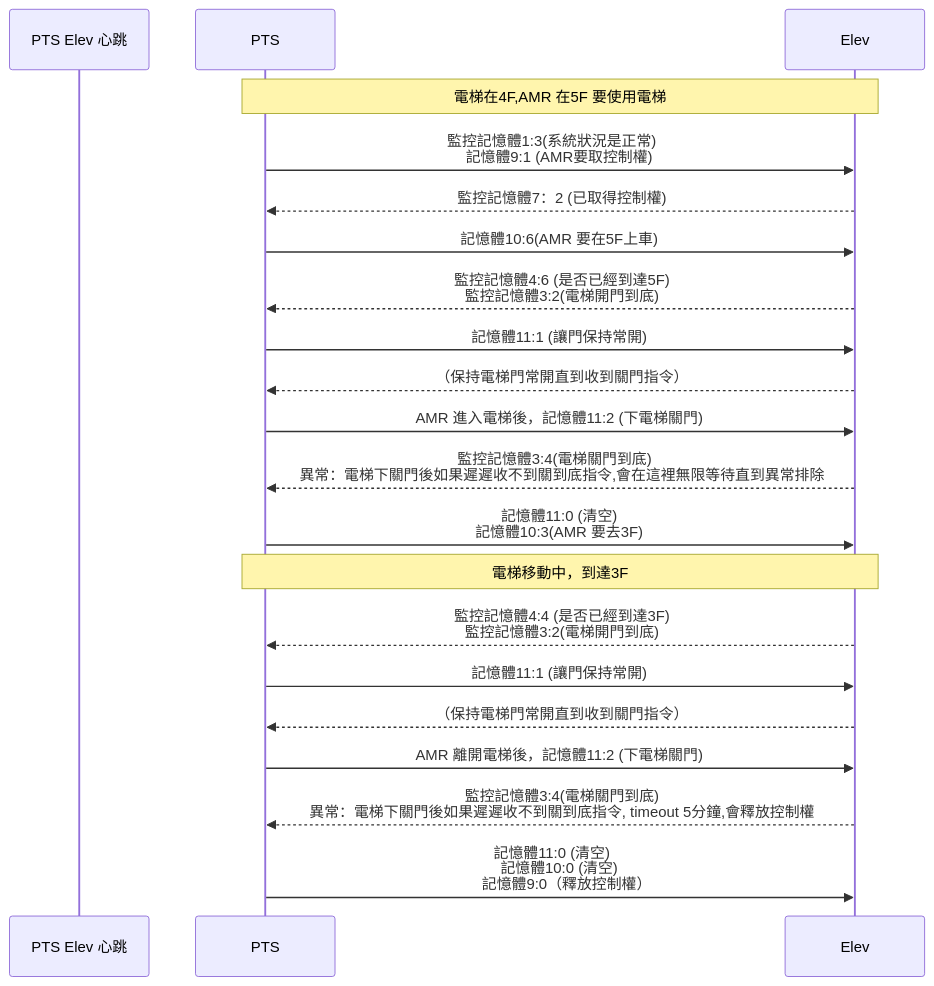
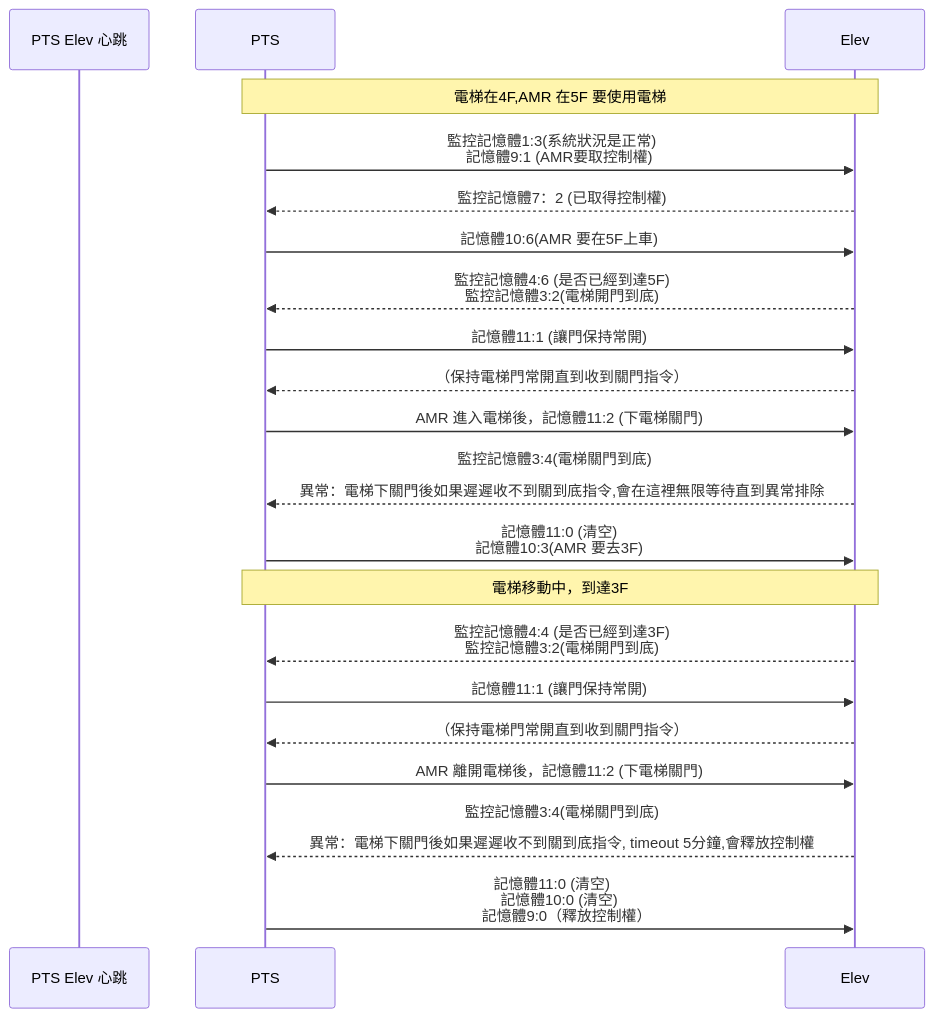
The second of 2 diagrams in README.md (athena-tircgo/amr-elev-Zhunan), drawn with Mermaid before and after one commit.

````diff
--- a/README.md
+++ b/README.md
@@ -23,26 +23,26 @@
 ```mermaid
 sequenceDiagram
 
     participant PTS Elev 心跳
     participant PTS
     participant Elev
 
  note over PTS,Elev: 電梯在4F,AMR 在5F 要使用電梯
         PTS->>Elev:監控記憶體1:3(系統狀況是正常)　<br>記憶體9:1 (AMR要取控制權)
         Elev-->>PTS:監控記憶體7：2 (已取得控制權)
         PTS->>Elev: 記憶體10:6(AMR 要在5F上車)
         Elev-->>PTS:監控記憶體4:6 (是否已經到達5F) <BR> 監控記憶體3:2(電梯開門到底)
         PTS->>Elev: 記憶體11:1 (讓門保持常開)
         Elev-->>PTS:（保持電梯門常開直到收到關門指令）　　
         PTS->>Elev: AMR 進入電梯後，記憶體11:2 (下電梯關門)
-        Elev-->>PTS: 監控記憶體3:4(電梯關門到底)　<br> 異常：電梯下關門後如果遲遲收不到關到底指令,會在這裡無限等待直到異常排除
+        Elev-->>PTS: 監控記憶體3:4(電梯關門到底)　<br><br>異常：電梯下關門後如果遲遲收不到關到底指令,會在這裡無限等待直到異常排除
         PTS->>Elev: 記憶體11:0 (清空) <br> 記憶體10:3(AMR 要去3F)
  note over PTS,Elev: 電梯移動中，到達3F
 　　　　　Elev-->>PTS: 監控記憶體4:4 (是否已經到達3F) <BR> 監控記憶體3:2(電梯開門到底)
         PTS->>Elev: 記憶體11:1 (讓門保持常開)
         Elev-->>PTS:（保持電梯門常開直到收到關門指令）　　　
         PTS->>Elev: AMR 離開電梯後，記憶體11:2 (下電梯關門)
-        Elev-->>PTS: 監控記憶體3:4(電梯關門到底) <br> 異常：電梯下關門後如果遲遲收不到關到底指令, timeout 5分鐘,會釋放控制權
+        Elev-->>PTS: 監控記憶體3:4(電梯關門到底) <br><br> 異常：電梯下關門後如果遲遲收不到關到底指令, timeout 5分鐘,會釋放控制權
         PTS->>Elev: 記憶體11:0 (清空)　<br> 記憶體10:0 (清空) <br>　記憶體9:0（釋放控制權）
 　　　　　
 ```
````
